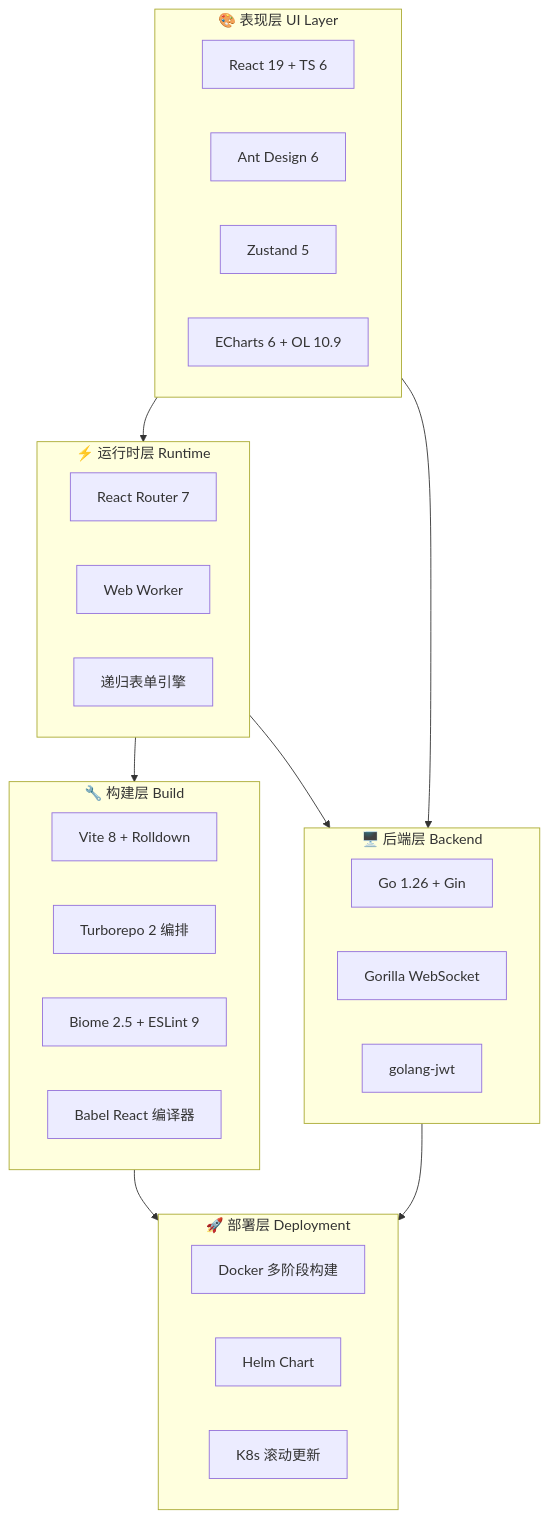
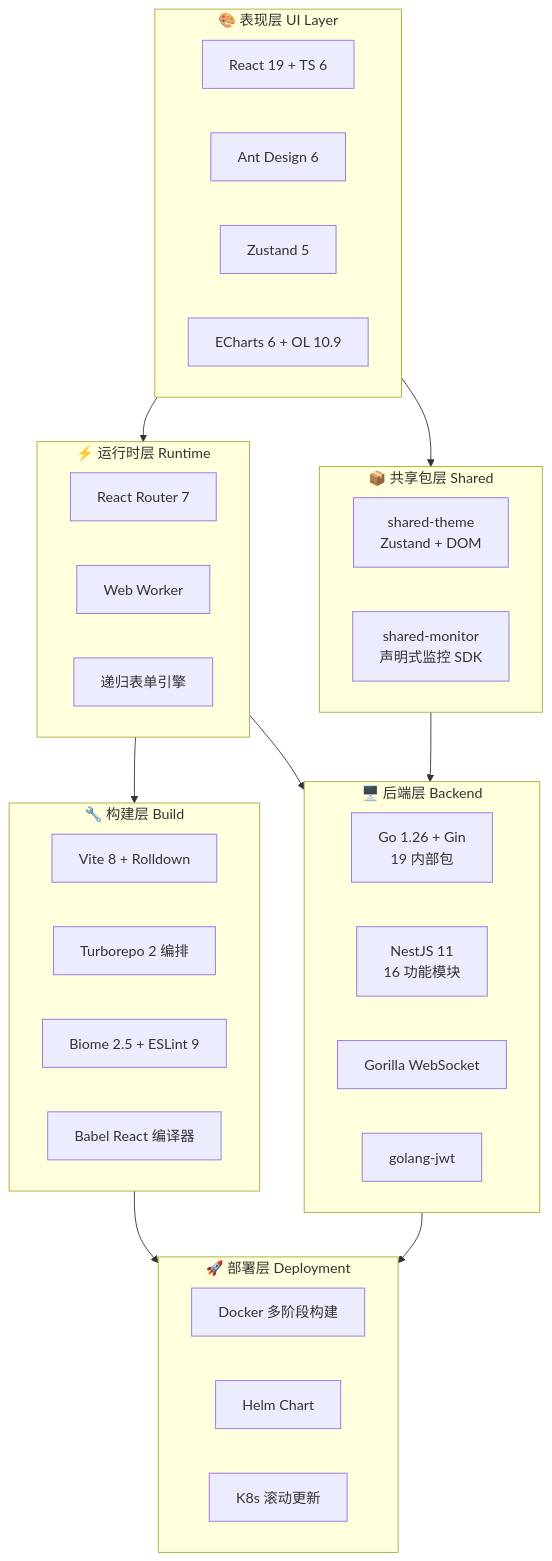
One commit to KMaybe01/interview-demo changed the second of 51 diagrams in docs/WIKI.md. Above: the diagram before and after it, drawn with Mermaid. The commit also changed other lines of this file and 1 other file, not shown here.

````diff
--- a/docs/WIKI.md
+++ b/docs/WIKI.md
@@ -74,40 +75,46 @@
 ```mermaid
 graph TB
     subgraph UI["🎨 表现层 UI Layer"]
         React["React 19 + TS 6"]
         Antd["Ant Design 6"]
         Zustand["Zustand 5"]
         Charts["ECharts 6 + OL 10.9"]
     end
 
     subgraph Runtime["⚡ 运行时层 Runtime"]
         Router["React Router 7"]
         Worker["Web Worker"]
         Form["递归表单引擎"]
     end
 
     subgraph Build["🔧 构建层 Build"]
         Vite["Vite 8 + Rolldown"]
         Turbo["Turborepo 2 编排"]
         Biome["Biome 2.5 + ESLint 9"]
         Babel["Babel React 编译器"]
     end
 
     subgraph Backend["🖥️ 后端层 Backend"]
-        Go["Go 1.26 + Gin"]
+        Go["Go 1.26 + Gin<br/>19 内部包"]
+        Nest["NestJS 11<br/>16 功能模块"]
         WS["Gorilla WebSocket"]
         JWT["golang-jwt"]
+    end
+
+    subgraph Shared["📦 共享包层 Shared"]
+        Theme["shared-theme<br/>Zustand + DOM"]
+        Monitor["shared-monitor<br/>声明式监控 SDK"]
     end
 
     subgraph Deploy["🚀 部署层 Deployment"]
         Docker["Docker 多阶段构建"]
         Helm["Helm Chart"]
         K8s["K8s 滚动更新"]
     end
 
     UI --> Runtime --> Build
-    UI --> Backend
+    UI --> Shared --> Backend
     Runtime --> Backend
     Build --> Deploy
     Backend --> Deploy
 ```
````
